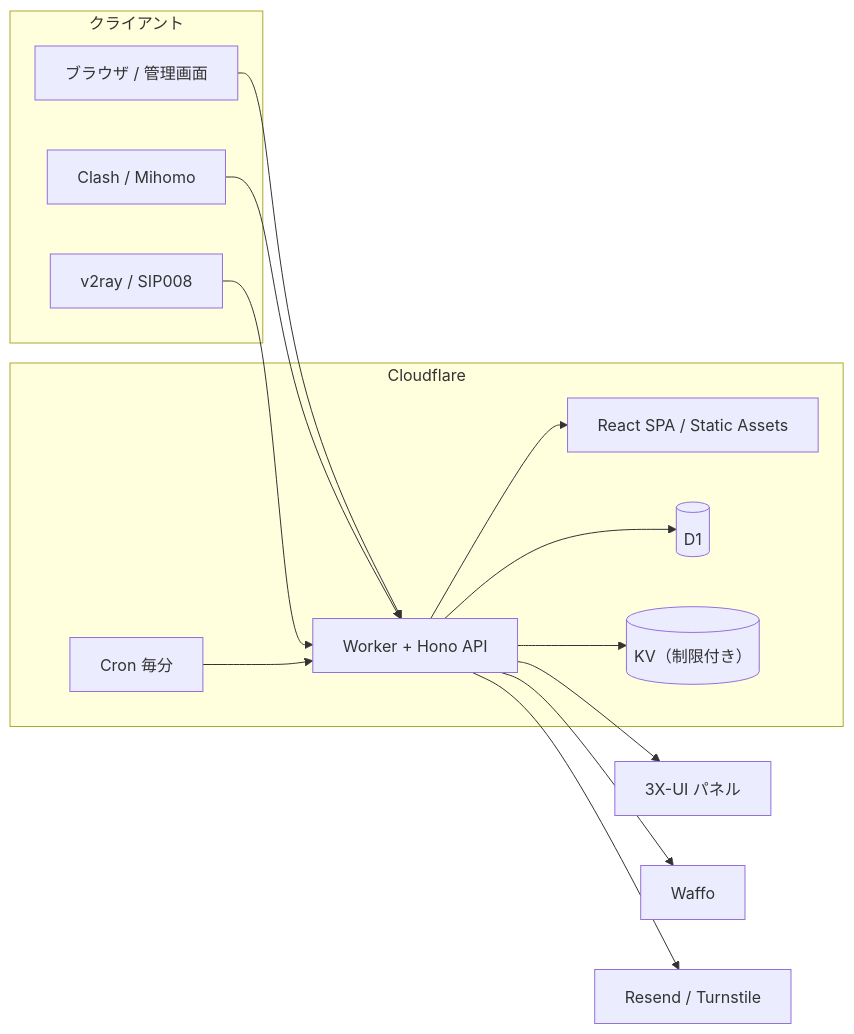
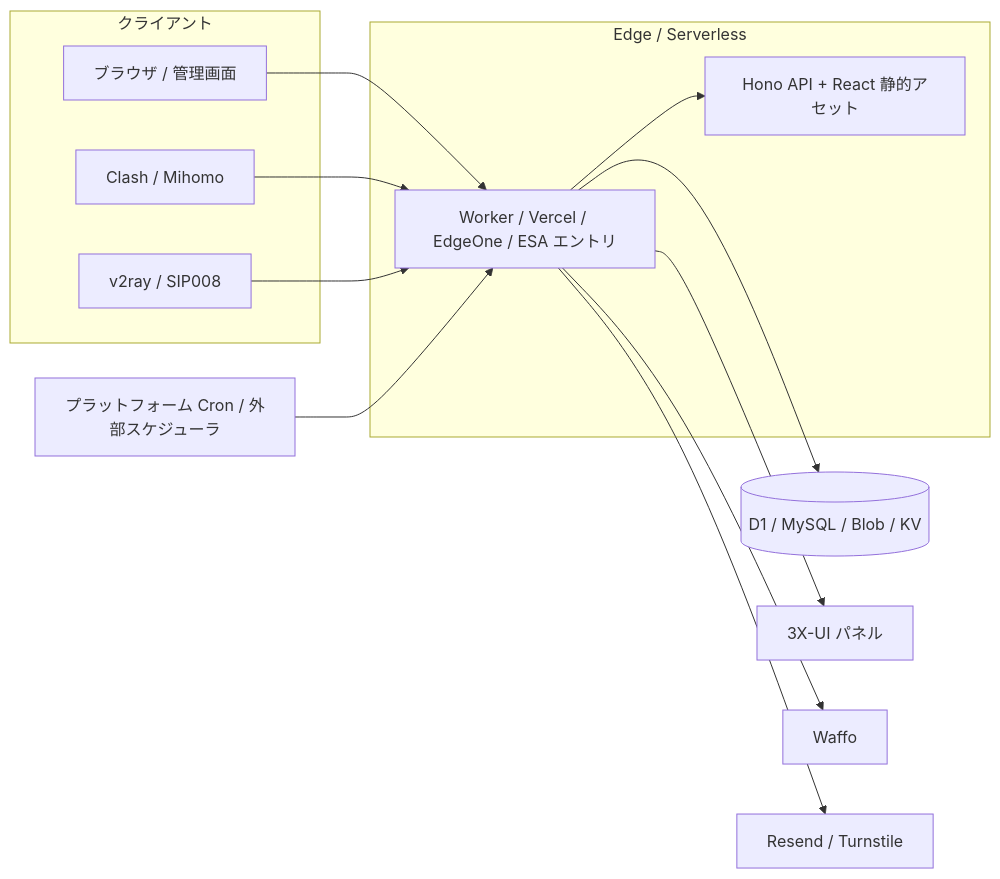
Before and after one commit to PIKACHUIM/3XUI-Manager: the diagram in readmes/README_ja.md, drawn with Mermaid. The commit also changed other lines of this file and 40 other files, not shown here.

Commit message:
feat(platform): add Blob/KV and MySQL backends for Vercel, EdgeOne and ESA

````diff
--- a/readmes/README_ja.md
+++ b/readmes/README_ja.md
@@ -254,31 +297,29 @@
 ```mermaid
 flowchart LR
   subgraph Clients["クライアント"]
     B["ブラウザ / 管理画面"]
     C["Clash / Mihomo"]
     V["v2ray / SIP008"]
   end
 
-  subgraph Edge["Cloudflare"]
-    W["Worker + Hono API"]
-    A["React SPA / Static Assets"]
-    D[("D1")]
-    K[("KV（制限付き）")]
-    T["Cron 毎分"]
+  subgraph Platforms["Edge / Serverless"]
+    E["Worker / Vercel / EdgeOne / ESA エントリ"]
+    A["Hono API + React 静的アセット"]
   end
 
+  S[("D1 / MySQL / Blob / KV")]
+  T["プラットフォーム Cron / 外部スケジューラ"]
   X["3X-UI パネル"]
   P["Waffo"]
   M["Resend / Turnstile"]
 
-  B --> W
-  C --> W
-  V --> W
-  W --> A
-  W --> D
-  W --> K
-  T --> W
-  W --> X
-  W --> P
-  W --> M
+  B --> E
+  C --> E
+  V --> E
+  E --> A
+  E --> S
+  T --> E
+  E --> X
+  E --> P
+  E --> M
 ```
````
